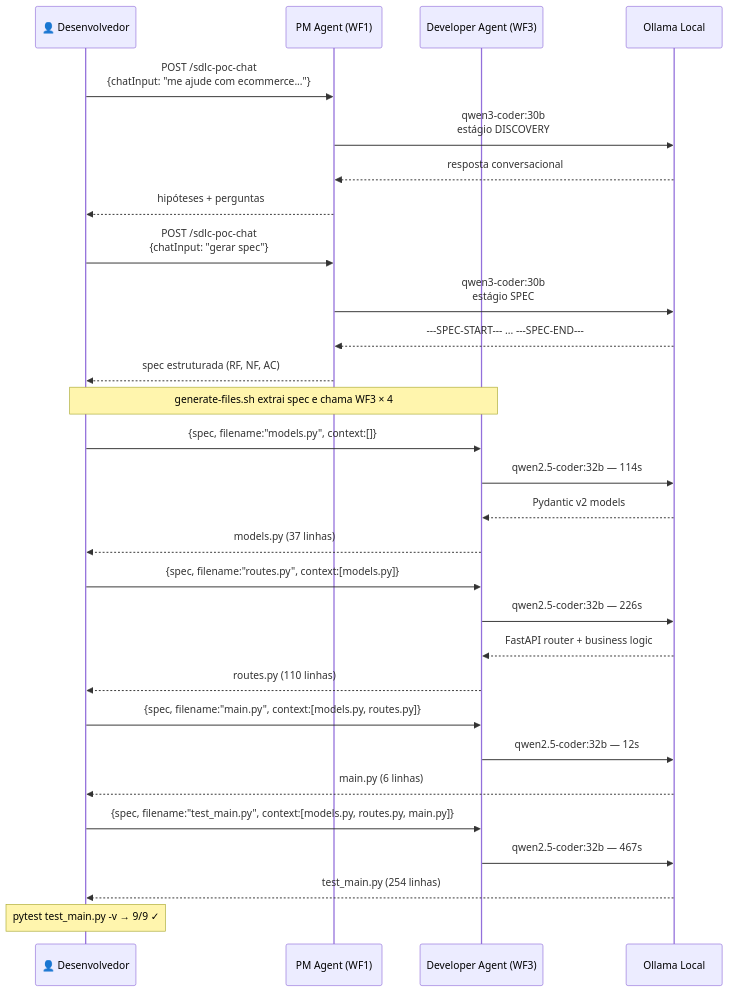
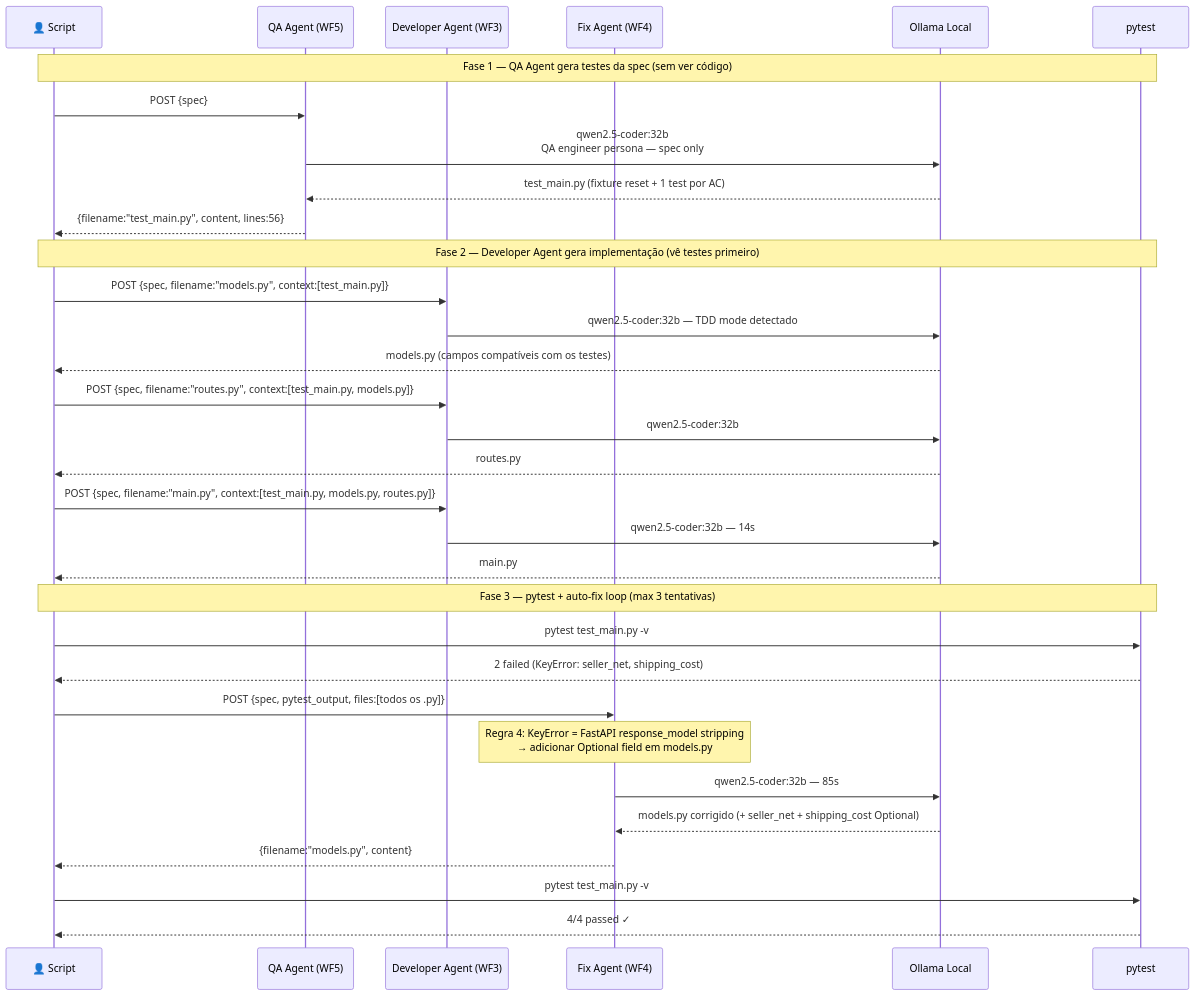
Before and after one commit to fabianobr/homelab-ai: the second of 5 diagrams in docs/sdlc-agentico/fluxo-agentico-local.md, drawn with Mermaid. The commit also changed other lines of this file, not shown here.

First line of the commit message:
docs(sdlc-agentico): atualiza fluxo com WF4 auto-fix e WF5 TDD Invertido

````diff
--- a/docs/sdlc-agentico/fluxo-agentico-local.md
+++ b/docs/sdlc-agentico/fluxo-agentico-local.md
@@ -69,39 +74,41 @@
 ```mermaid
 sequenceDiagram
-    participant Dev as 👤 Desenvolvedor
-    participant WF1 as PM Agent (WF1)
+    participant Dev as 👤 Script
+    participant WF5 as QA Agent (WF5)
     participant WF3 as Developer Agent (WF3)
+    participant WF4 as Fix Agent (WF4)
     participant Ollama as Ollama Local
+    participant PT as pytest
 
-    Dev->>WF1: POST /sdlc-poc-chat<br/>{chatInput: "me ajude com ecommerce..."}
-    WF1->>Ollama: qwen3-coder:30b<br/>estágio DISCOVERY
-    Ollama-->>WF1: resposta conversacional
-    WF1-->>Dev: hipóteses + perguntas
+    Note over Dev,PT: Fase 1 — QA Agent gera testes da spec (sem ver código)
+    Dev->>WF5: POST {spec}
+    WF5->>Ollama: qwen2.5-coder:32b<br/>QA engineer persona — spec only
+    Ollama-->>WF5: test_main.py (fixture reset + 1 test por AC)
+    WF5-->>Dev: {filename:"test_main.py", content, lines:56}
 
-    Dev->>WF1: POST /sdlc-poc-chat<br/>{chatInput: "gerar spec"}
-    WF1->>Ollama: qwen3-coder:30b<br/>estágio SPEC
-    Ollama-->>WF1: ---SPEC-START--- ... ---SPEC-END---
-    WF1-->>Dev: spec estruturada (RF, NF, AC)
+    Note over Dev,PT: Fase 2 — Developer Agent gera implementação (vê testes primeiro)
+    Dev->>WF3: POST {spec, filename:"models.py", context:[test_main.py]}
+    WF3->>Ollama: qwen2.5-coder:32b — TDD mode detectado
+    Ollama-->>Dev: models.py (campos compatíveis com os testes)
 
-    Note over Dev,WF3: generate-files.sh extrai spec e chama WF3 × 4
+    Dev->>WF3: POST {spec, filename:"routes.py", context:[test_main.py, models.py]}
+    WF3->>Ollama: qwen2.5-coder:32b
+    Ollama-->>Dev: routes.py
 
-    Dev->>WF3: {spec, filename:"models.py", context:[]}
-    WF3->>Ollama: qwen2.5-coder:32b — 114s
-    Ollama-->>WF3: Pydantic v2 models
-    WF3-->>Dev: models.py (37 linhas)
+    Dev->>WF3: POST {spec, filename:"main.py", context:[test_main.py, models.py, routes.py]}
+    WF3->>Ollama: qwen2.5-coder:32b — 14s
+    Ollama-->>Dev: main.py
 
-    Dev->>WF3: {spec, filename:"routes.py", context:[models.py]}
-    WF3->>Ollama: qwen2.5-coder:32b — 226s
-    Ollama-->>WF3: FastAPI router + business logic
-    WF3-->>Dev: routes.py (110 linhas)
+    Note over Dev,PT: Fase 3 — pytest + auto-fix loop (max 3 tentativas)
+    Dev->>PT: pytest test_main.py -v
+    PT-->>Dev: 2 failed (KeyError: seller_net, shipping_cost)
 
-    Dev->>WF3: {spec, filename:"main.py", context:[models.py, routes.py]}
-    WF3->>Ollama: qwen2.5-coder:32b — 12s
-    Ollama-->>Dev: main.py (6 linhas)
+    Dev->>WF4: POST {spec, pytest_output, files:[todos os .py]}
+    Note over WF4: Regra 4: KeyError = FastAPI response_model stripping<br/>→ adicionar Optional field em models.py
+    WF4->>Ollama: qwen2.5-coder:32b — 85s
+    Ollama-->>WF4: models.py corrigido (+ seller_net + shipping_cost Optional)
+    WF4-->>Dev: {filename:"models.py", content}
 
-    Dev->>WF3: {spec, filename:"test_main.py", context:[models.py, routes.py, main.py]}
-    WF3->>Ollama: qwen2.5-coder:32b — 467s
-    Ollama-->>Dev: test_main.py (254 linhas)
-
-    Note over Dev: pytest test_main.py -v → 9/9 ✓
+    Dev->>PT: pytest test_main.py -v
+    PT-->>Dev: 4/4 passed ✓
 ```
````
